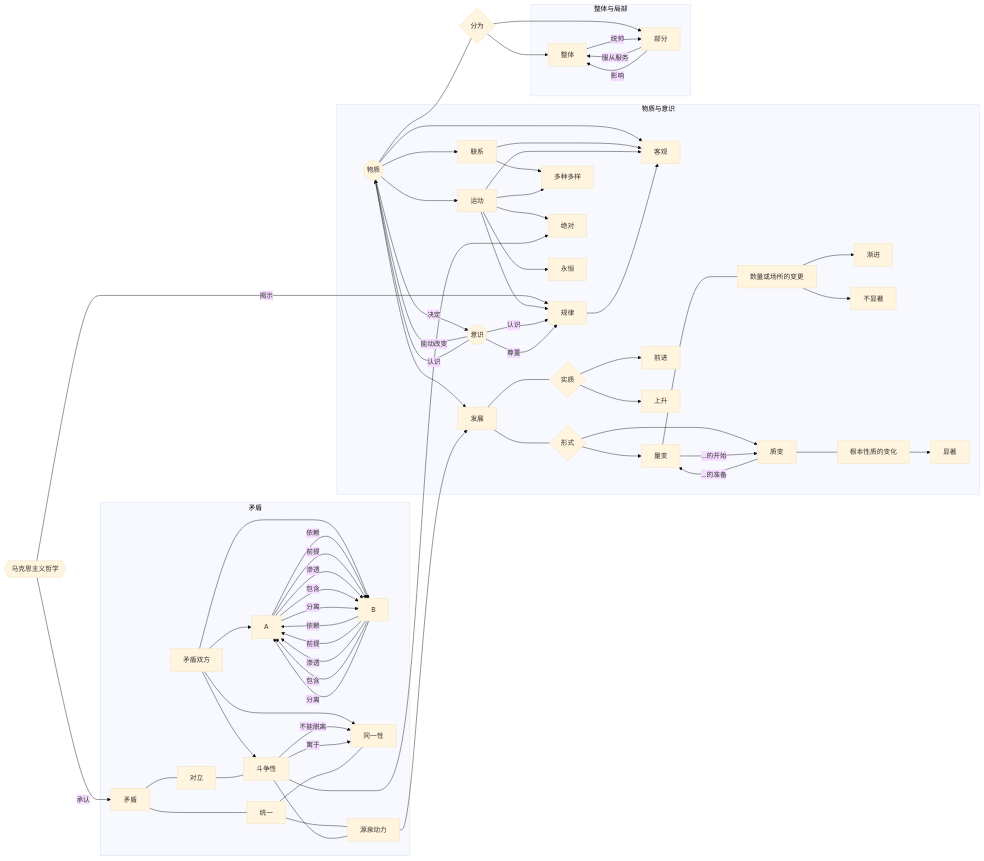
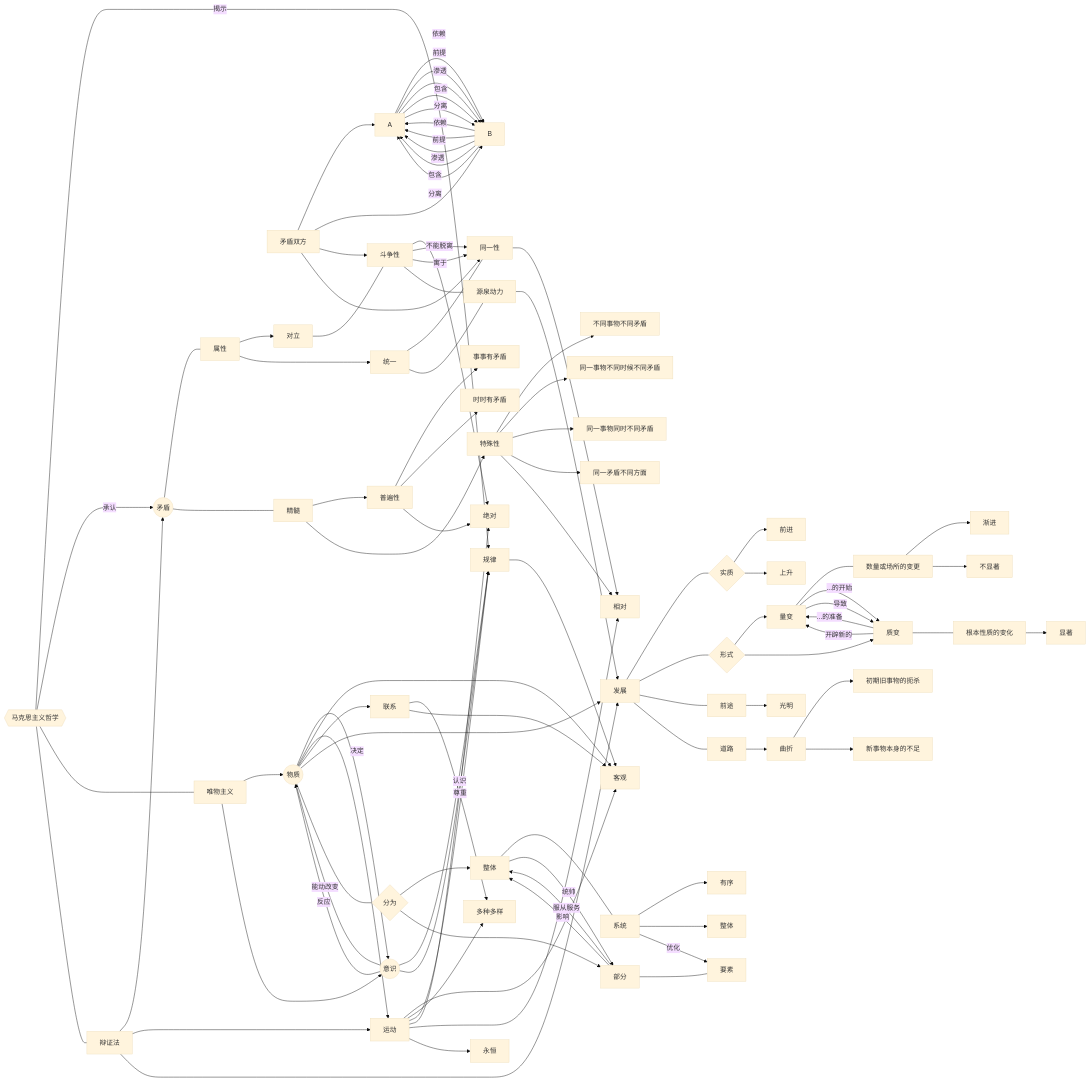
The diagram in docs/art/pol/4.1.md (gitter-badger/FASTlearn), drawn with Mermaid (base theme) before and after one commit.

````diff
--- a/docs/art/pol/4.1.md
+++ b/docs/art/pol/4.1.md
@@ -215,44 +215,55 @@
 ```mermaid
 graph LR
 mks{{马克思主义哲学}} --> |揭示|law
 mks --> |承认|conflict
-subgraph 物质与意识
+mks --- wwzy[唯物主义] & 2side[辩证法]
+wwzy --> thing & mind 
+2side --> conflict & run & develop
 thing((物质)) --> |决定| mind((意识))
 thing --> obj[客观] & run["运动"] & link["联系"] & develop[发展]
 develop --- deve1{实质} --> goto[前进] & up[上升]
 develop --- deve2{形式} --> ichange[量变] & lchange[质变]
+develop --- 前途 --> 光明
+develop --- 道路 --> 曲折 --> 初期旧事物的扼杀 & 新事物本身的不足
 ichange --- 数量或场所的变更 --> 渐进 & 不显著
 ichange -->|"...的开始"| lchange
+ichange -->|导致| lchange
 lchange --- 根本性质的变化 --> 显著
 lchange -->|"...的准备"| ichange
+lchange -->|开辟新的| ichange
 link --> many[多种多样] & obj
 run --> obj & many
-run --> law[规律] & is["绝对"] & ever["永恒"]
+run --> law[规律] & is["绝对"] & cpe[相对] & ever["永恒"]
 law --> obj
 mind --> |能动改变|thing
-mind --> |认识|thing & law
+mind --> |反应|thing
+mind --> |认识|law
 mind --> |尊重|law
-end 物质与意识
 thing --- d1{分为} --> whole & part
-subgraph 整体与局部
+whole --- system[系统] --> 有序 & 整体
+system -->|优化| key
+part --- key[要素]
 whole[整体] --> |统帅| part[部分]
 part --> |服从服务| whole
 part --> |影响| whole
-end
-subgraph 矛盾
 2sides[矛盾双方] --> A & B
 A -->|依赖| B -->|依赖| A -->|前提| B -->|前提| A -->|渗透| B -->|渗透| A -->|包含| B -->|包含| A -->|分离| B -->|分离| A
 2sides --> agst & same
-conflict[矛盾]
-conflict --- opp["对立"]
-conflict --- uni[统一]
+conflict((矛盾)) --- coninfo[属性] & conbest[精髓]
+coninfo --> opp["对立"] & uni[统一]
+conbest --> common[普遍性] & special[特殊性]
 opp --- agst[斗争性]
 agst --> is
 agst -->|不能脱离| same
 agst -->|寓于| same
 uni --- same[同一性]
 uni --- sap[源泉动力]
+same --> cpe
 agst --- sap
 sap --> develop
-end 矛盾
+common --> 事事有矛盾 & 时时有矛盾
+common --> is
+special --> 不同事物不同矛盾 & 同一事物不同时候不同矛盾 & 同一事物同时不同矛盾 & 同一矛盾不同方面
+special --> cpe
+
 ```
````
